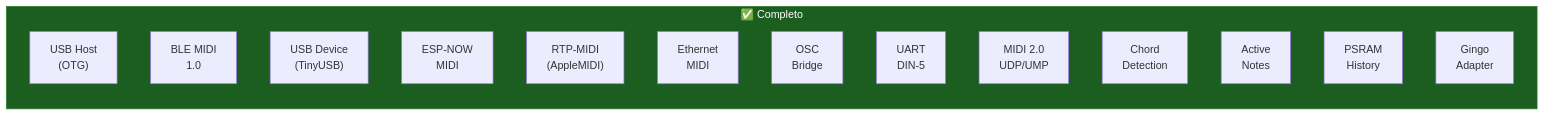
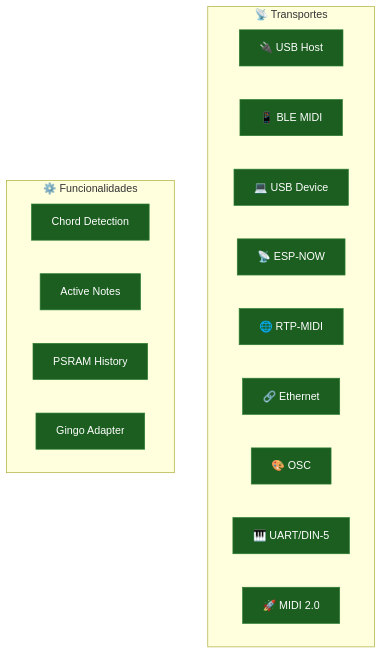
Before and after one commit to sauloverissimo/ESP32_Host_MIDI: the diagram in docs/roadmap.md, drawn with Mermaid. The commit also changed 1 other file, not shown here.

Commit message:
Fix Mermaid diagrams: change LR to TD for better readability
- index.md: rewrite flowchart LR (9 stacked nodes) to TD with 3×3 grid
  layout — each transport node now has enough horizontal space to render text
- roadmap.md: split single 13-node LR subgraph into two TD subgraphs
  (Transportes + Funcionalidades) with direction LR inside each for grid layout

````diff
--- a/docs/roadmap.md
+++ b/docs/roadmap.md
@@ -11,20 +11,26 @@
 ```mermaid
-graph LR
-    subgraph DONE["✅ Completo"]
-        USB["USB Host\n(OTG)"]
-        BLE["BLE MIDI\n1.0"]
-        USBDEV["USB Device\n(TinyUSB)"]
-        ESPNOW["ESP-NOW\nMIDI"]
-        RTP["RTP-MIDI\n(AppleMIDI)"]
-        ETH["Ethernet\nMIDI"]
-        OSC["OSC\nBridge"]
-        UART["UART\nDIN-5"]
-        MIDI2["MIDI 2.0\nUDP/UMP"]
-        CHORD["Chord\nDetection"]
-        ACTIVE["Active\nNotes"]
-        HIST["PSRAM\nHistory"]
-        GINGO["Gingo\nAdapter"]
+graph TD
+    classDef done fill:#1B5E20,color:#fff,stroke:#2E7D32
+    classDef feat fill:#1A237E,color:#fff,stroke:#283593
+
+    subgraph T["📡 Transportes"]
+        direction LR
+        USB["🔌 USB Host"]:::done
+        BLE["📱 BLE MIDI"]:::done
+        USBDEV["💻 USB Device"]:::done
+        ESPNOW["📡 ESP-NOW"]:::done
+        RTP["🌐 RTP-MIDI"]:::done
+        ETH["🔗 Ethernet"]:::done
+        OSC["🎨 OSC"]:::done
+        UART["🎹 UART/DIN-5"]:::done
+        MIDI2["🚀 MIDI 2.0"]:::done
     end
 
-    style DONE fill:#1B5E20,color:#fff,stroke:#2E7D32
+    subgraph F["⚙️ Funcionalidades"]
+        direction LR
+        CHORD["Chord Detection"]:::done
+        ACTIVE["Active Notes"]:::done
+        HIST["PSRAM History"]:::done
+        GINGO["Gingo Adapter"]:::done
+    end
 ```
````
